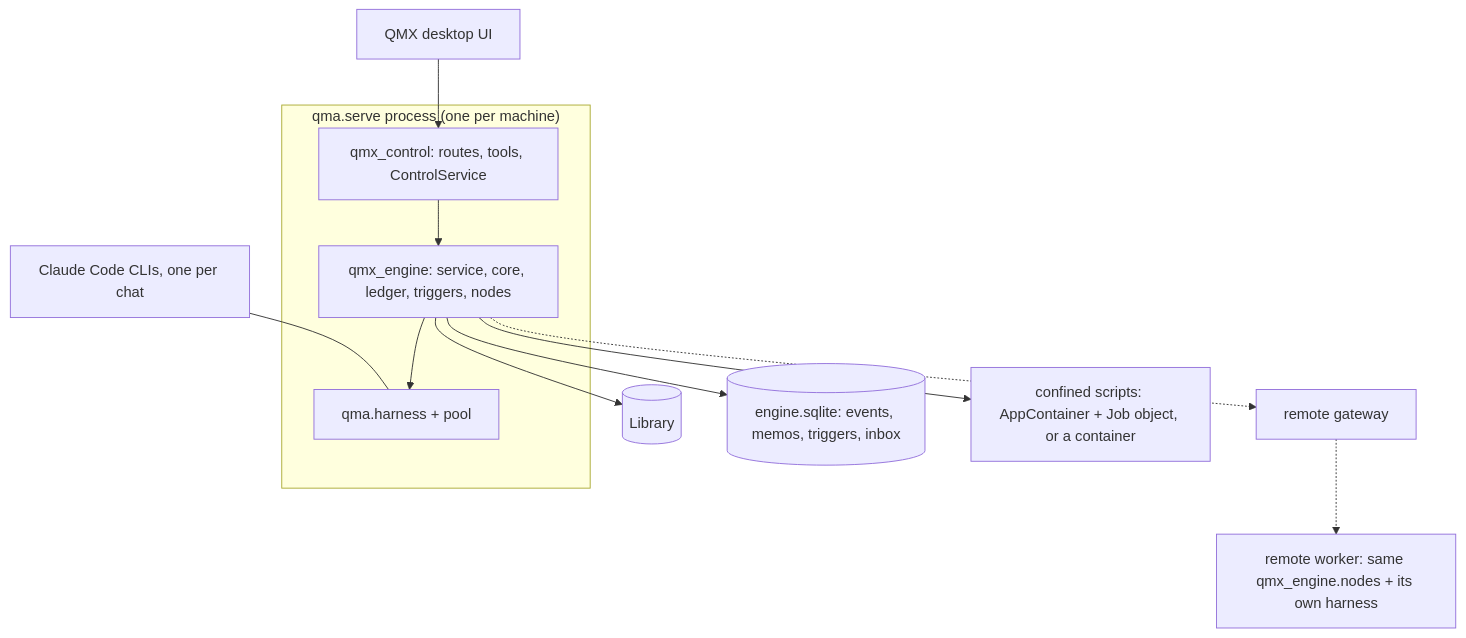
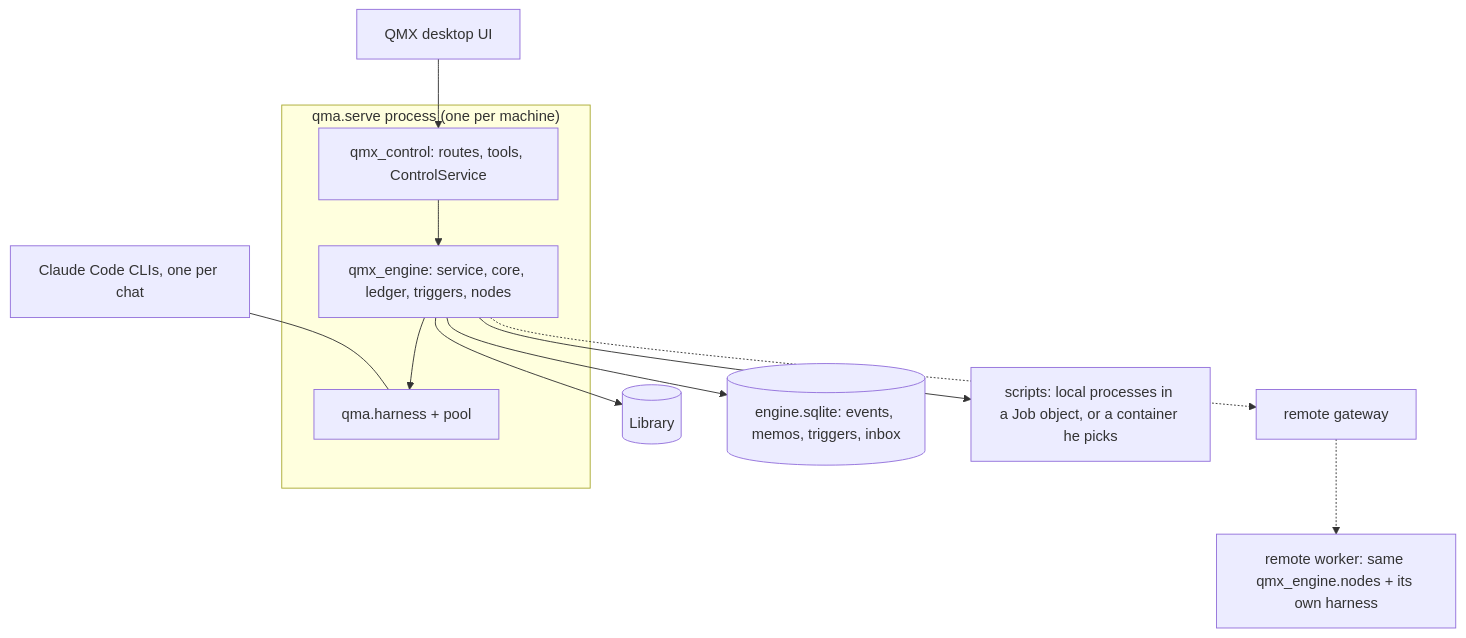
The second of 4 diagrams in tracker/qma-v2/architecture/workflow-engine/ARCHITECTURE-SPINE.md (mubarakhimself-byte/QMX), drawn with Mermaid before and after one commit. The commit also changed other lines of this file and 11 other files, not shown here.

````diff
--- a/tracker/qma-v2/architecture/workflow-engine/ARCHITECTURE-SPINE.md
+++ b/tracker/qma-v2/architecture/workflow-engine/ARCHITECTURE-SPINE.md
@@ -428,17 +427,17 @@
 ```mermaid
 flowchart TB
   subgraph PROC["qma.serve process (one per machine)"]
     HARN[qma.harness + pool]
     CTRL[qmx_control: routes, tools, ControlService]
     ENG[qmx_engine: service, core, ledger, triggers, nodes]
     CTRL --> ENG
     ENG --> HARN
   end
   UI[QMX desktop UI] --> CTRL
   ENG --> LIB[(Library)]
   ENG --> LEDGER[(engine.sqlite: events, memos, triggers, inbox)]
-  ENG --> SCRIPT[confined scripts: AppContainer + Job object, or a container]
+  ENG --> SCRIPT[scripts: local processes in a Job object, or a container he picks]
   ENG -.-> GW[remote gateway]
   GW -.-> RW[remote worker: same qmx_engine.nodes + its own harness]
   CLI[Claude Code CLIs, one per chat] --- HARN
 ```
````
